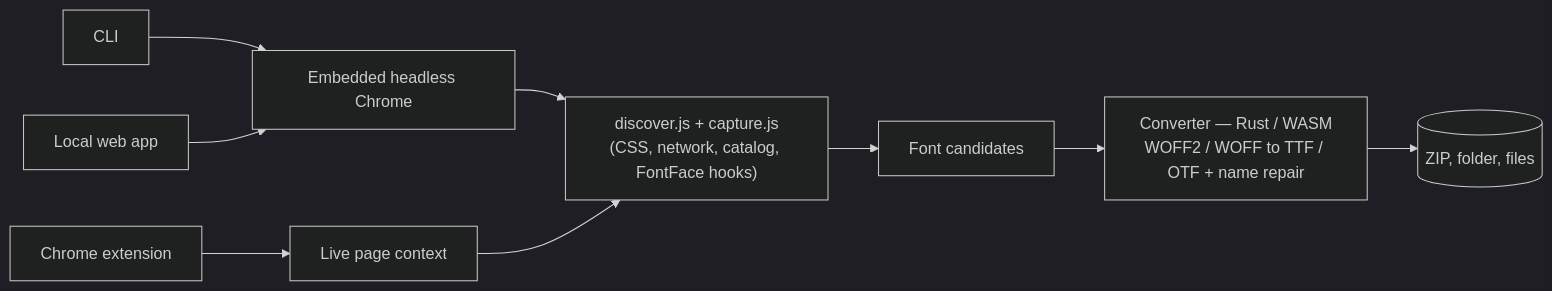
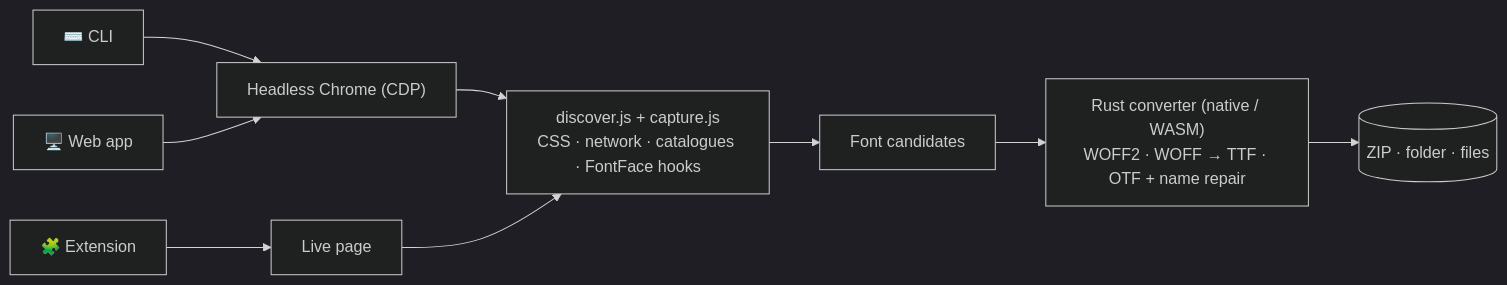
One commit to Piwqust/font-grabber changed the diagram in README.md. Above: the diagram before and after it, drawn with Mermaid (dark theme). The commit also changed other lines of this file and 13 other files, not shown here.

````diff
--- a/README.md
+++ b/README.md
@@ -139,11 +235,11 @@
 ```mermaid
 flowchart LR
-    CLI["CLI"] --> HC["Embedded headless Chrome"]
-    WEB["Local web app"] --> HC
-    EXT["Chrome extension"] --> PAGE["Live page context"]
-    HC --> DISC["discover.js + capture.js<br/>(CSS, network, catalog, FontFace hooks)"]
+    CLI["⌨️ CLI"] --> HC["Headless Chrome (CDP)"]
+    WEB["🖥️ Web app"] --> HC
+    EXT["🧩 Extension"] --> PAGE["Live page"]
+    HC --> DISC["discover.js + capture.js<br/>CSS · network · catalogues · FontFace hooks"]
     PAGE --> DISC
     DISC --> CAND["Font candidates"]
-    CAND --> CONV["Converter — Rust / WASM<br/>WOFF2 / WOFF to TTF / OTF + name repair"]
-    CONV --> OUT[("ZIP, folder, files")]
+    CAND --> CONV["Rust converter (native / WASM)<br/>WOFF2 · WOFF → TTF · OTF + name repair"]
+    CONV --> OUT[("ZIP · folder · files")]
 ```
````
